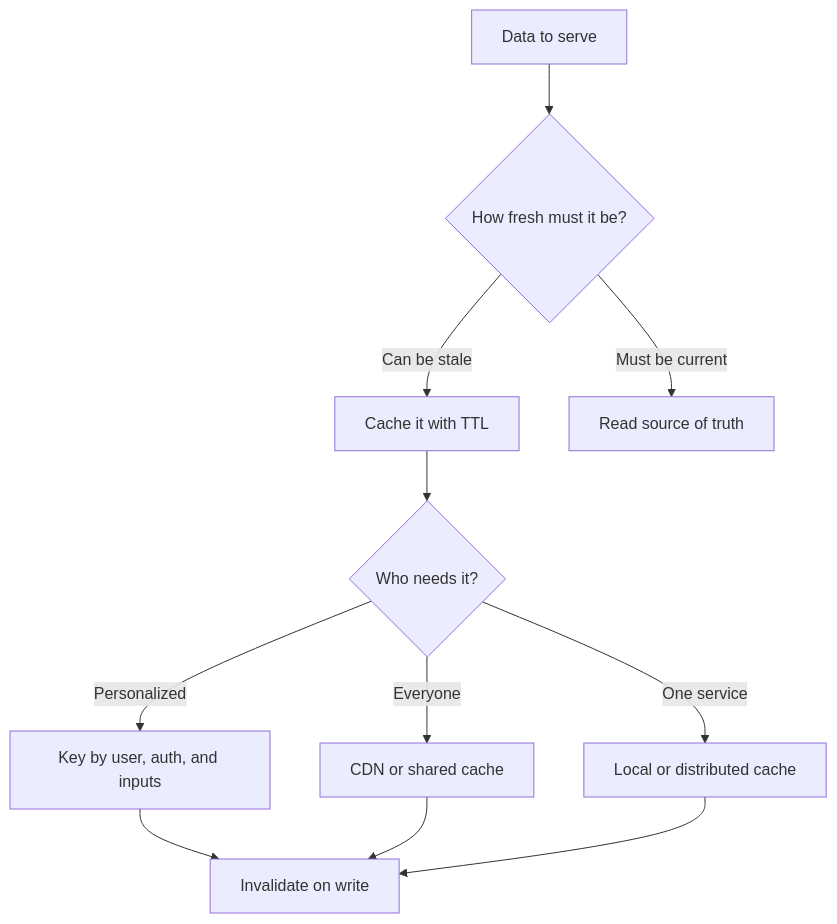
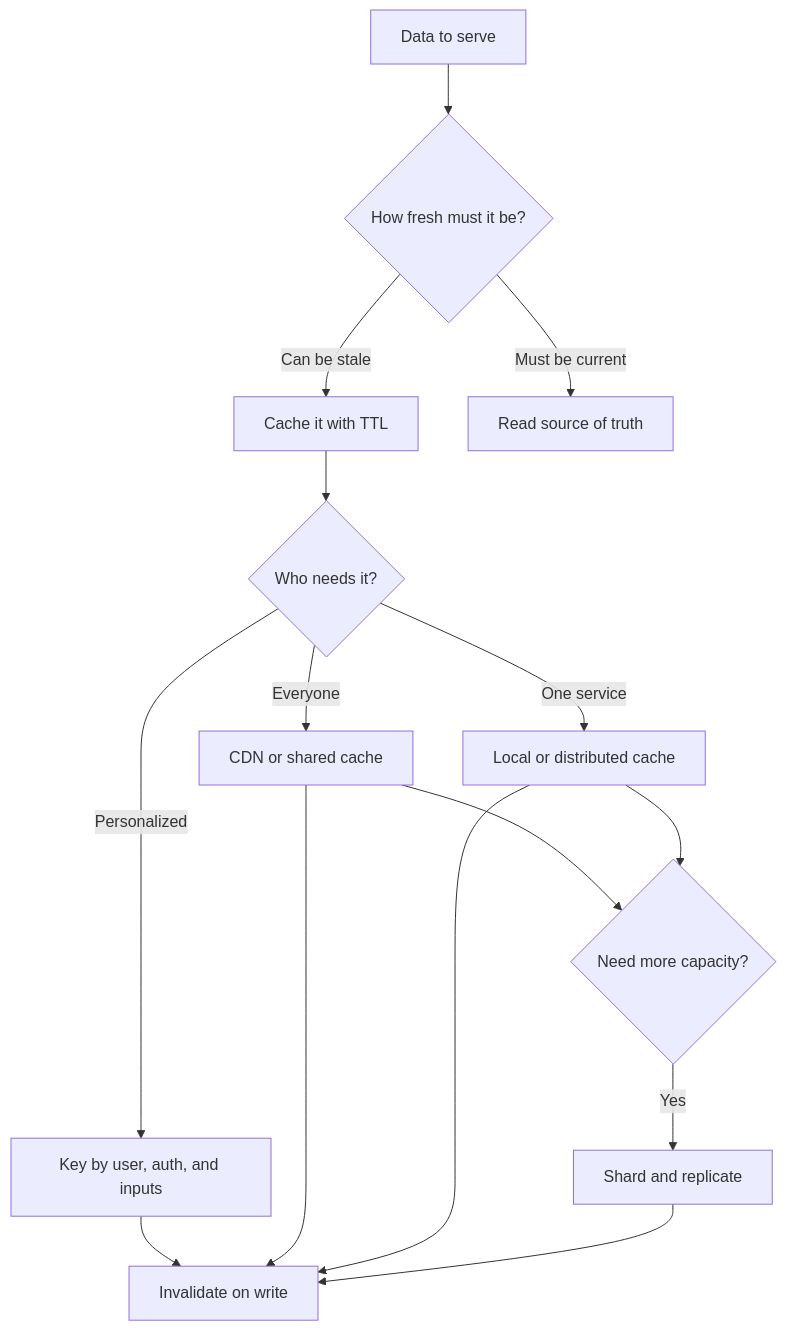
Before and after one commit to ramesankrishnakumar/BrainDump: the seventh of 7 diagrams in System Design/4.caching-patterns-study-guide.md, drawn with Mermaid. The commit also changed other lines of this file, not shown here.

````diff
--- a/System Design/4.caching-patterns-study-guide.md
+++ b/System Design/4.caching-patterns-study-guide.md
@@ -317,13 +373,17 @@
 ```mermaid
 flowchart TD
     Data["Data to serve"] --> Freshness{"How fresh must it be?"}
     Freshness -->|"Can be stale"| Cacheable["Cache it with TTL"]
     Freshness -->|"Must be current"| Source["Read source of truth"]
     Cacheable --> Scope{"Who needs it?"}
     Scope -->|"Everyone"| Edge["CDN or shared cache"]
     Scope -->|"One service"| Local["Local or distributed cache"]
     Scope -->|"Personalized"| Keyed["Key by user, auth, and inputs"]
+    Edge --> Scale{"Need more capacity?"}
+    Local --> Scale
+    Scale -->|"Yes"| Distributed["Shard and replicate"]
     Keyed --> Invalidate["Invalidate on write"]
     Edge --> Invalidate
     Local --> Invalidate
+    Distributed --> Invalidate
 ```
````
